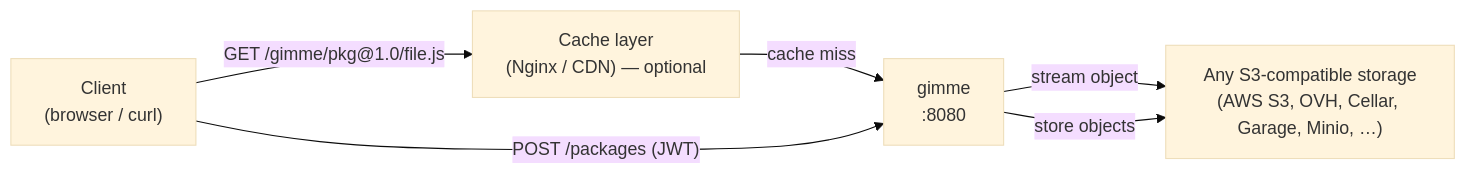
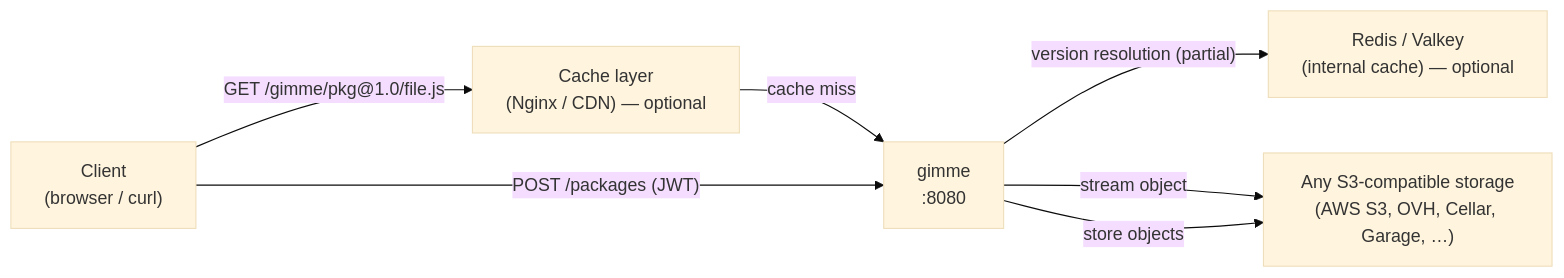
Before and after one commit to ziggornif/gimme: the first of 3 diagrams in README.md, drawn with Mermaid (base theme). The commit also changed other lines of this file and 15 other files, not shown here.

````diff
--- a/README.md
+++ b/README.md
@@ -31,13 +38,15 @@
 ```mermaid
 graph LR
     Client["Client\n(browser / curl)"]
     Gimme["gimme\n:8080"]
-    S3["Any S3-compatible storage\n(AWS S3, OVH, Cellar, Garage, Minio, …)"]
+    S3["Any S3-compatible storage\n(AWS S3, OVH, Cellar, Garage, …)"]
     Cache["Cache layer\n(Nginx / CDN) — optional"]
+    Redis["Redis / Valkey\n(internal cache) — optional"]
 
     Client -->|"GET /gimme/pkg@1.0/file.js"| Cache
     Cache -->|cache miss| Gimme
+    Gimme -->|"version resolution (partial)"| Redis
     Gimme -->|stream object| S3
     Client -->|"POST /packages (JWT)"| Gimme
     Gimme -->|store objects| S3
 ```
````
